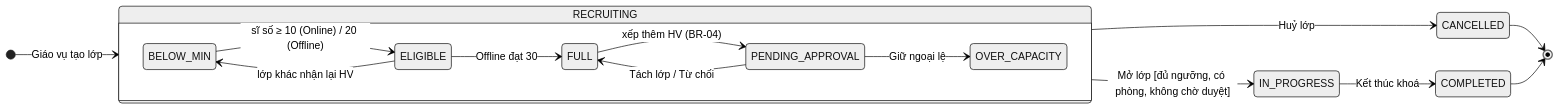
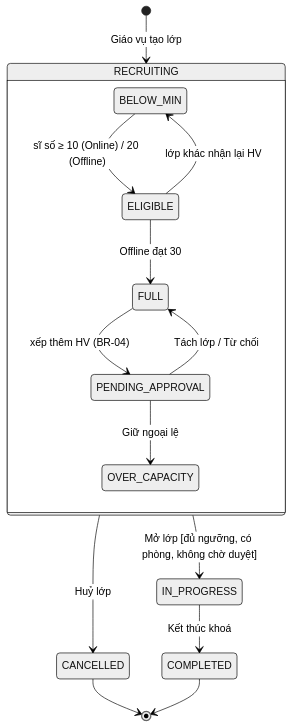
The diagram in docs/diagrams/src/st_01_lop.mmd (leekwanreal/ProjectII), drawn with Mermaid (neutral theme) before and after one commit. The commit also changed 58 other files, not shown here.

```diff
--- a/docs/diagrams/src/st_01_lop.mmd
+++ b/docs/diagrams/src/st_01_lop.mmd
@@ -1,17 +1,17 @@
 stateDiagram-v2
-  direction LR
+  direction TB
   [*] --> RECRUITING: Giáo vụ tạo lớp
   state RECRUITING {
-    direction LR
+    direction TB
     BELOW_MIN --> ELIGIBLE: sĩ số ≥ 10 (Online) / 20 (Offline)
     ELIGIBLE --> BELOW_MIN: lớp khác nhận lại HV
     ELIGIBLE --> FULL: Offline đạt 30
     FULL --> PENDING_APPROVAL: xếp thêm HV (BR-04)
     PENDING_APPROVAL --> FULL: Tách lớp / Từ chối
     PENDING_APPROVAL --> OVER_CAPACITY: Giữ ngoại lệ
   }
   RECRUITING --> IN_PROGRESS: Mở lớp [đủ ngưỡng, có phòng, không chờ duyệt]
   RECRUITING --> CANCELLED: Huỷ lớp
   IN_PROGRESS --> COMPLETED: Kết thúc khoá
   CANCELLED --> [*]
   COMPLETED --> [*]
```
